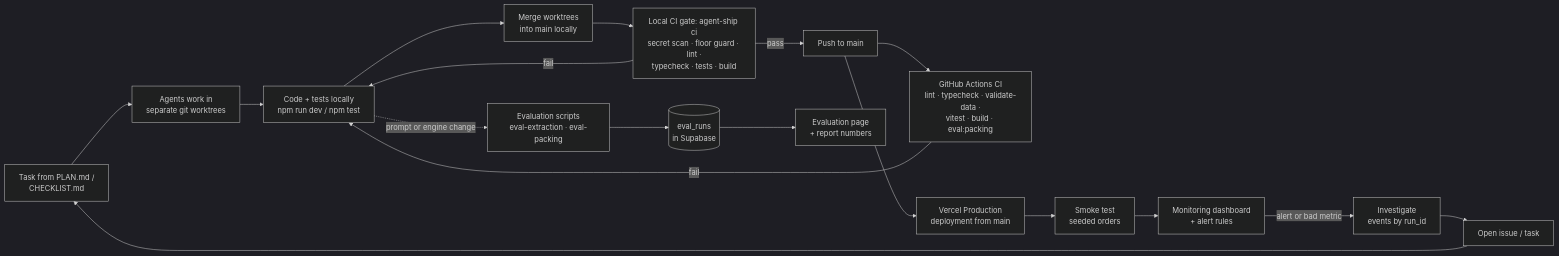
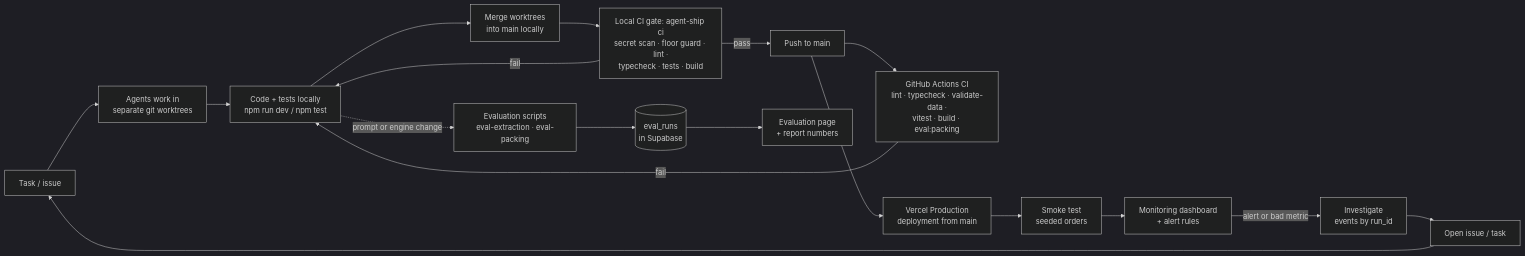
Before and after one commit to justAbdulaziz10/Rassah: the first of 4 diagrams in docs/diagrams.md, drawn with Mermaid (dark theme). The commit also changed other lines of this file and 53 other files, not shown here.

Commit message:
docs: the repo describes the finished product; plan, checklist, team and demo-day material removed

````diff
--- a/docs/diagrams.md
+++ b/docs/diagrams.md
@@ -13,21 +13,21 @@
 ```mermaid
 flowchart LR
-    A[Task from PLAN.md /<br/>CHECKLIST.md] --> B[Agents work in<br/>separate git worktrees]
+    A[Task / issue] --> B[Agents work in<br/>separate git worktrees]
     B --> C[Code + tests locally<br/>npm run dev / npm test]
     C --> D[Merge worktrees<br/>into main locally]
     D --> E[Local CI gate: agent-ship ci<br/>secret scan · floor guard · lint ·<br/>typecheck · tests · build]
     E -->|fail| C
     E -->|pass| F[Push to main]
     F --> G[GitHub Actions CI<br/>lint · typecheck · validate-data ·<br/>vitest · build · eval:packing]
     F --> H[Vercel Production<br/>deployment from main]
     G -->|fail| C
     H --> K[Smoke test<br/>seeded orders]
     K --> L[Monitoring dashboard<br/>+ alert rules]
     L -->|alert or bad metric| M[Investigate<br/>events by run_id]
     M --> N[Open issue / task]
     N --> A
 
     O[Evaluation scripts<br/>eval-extraction · eval-packing] --> P[(eval_runs<br/>in Supabase)]
     C -.prompt or engine change.-> O
     P --> Q[Evaluation page<br/>+ report numbers]
 ```
````
